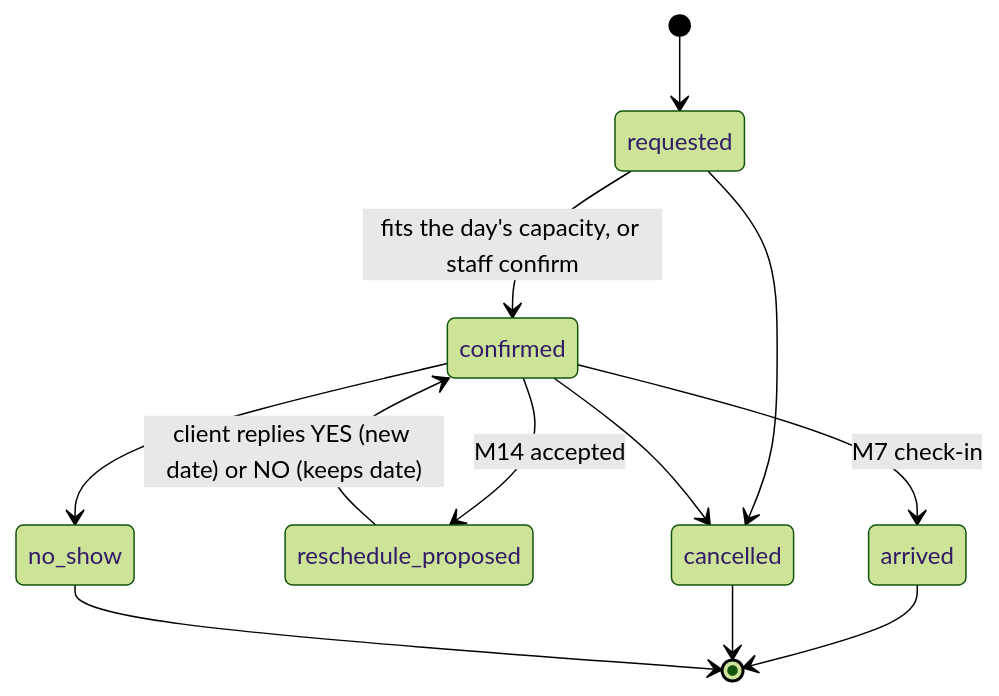
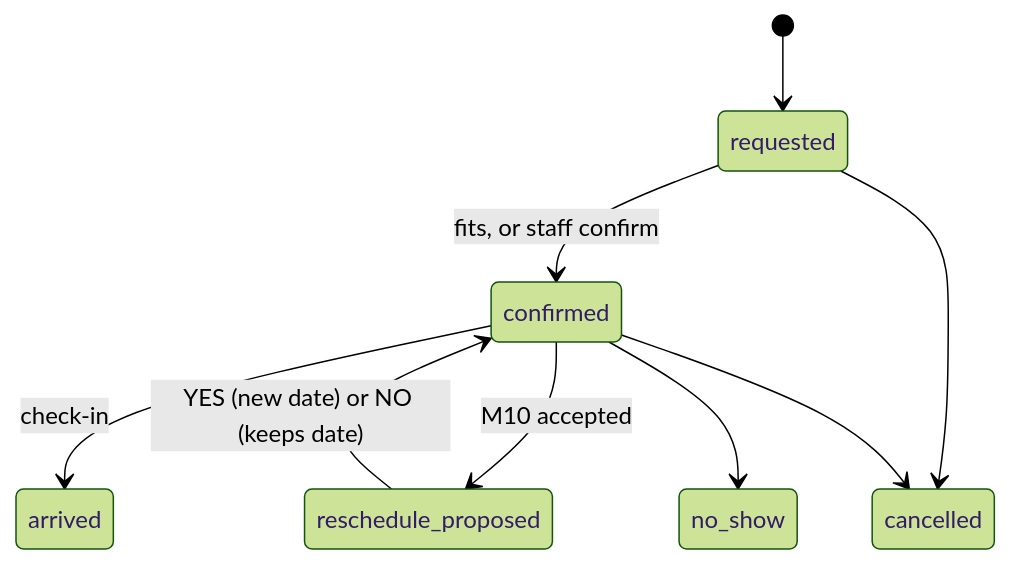
One commit to andrianllmm/hack-iloilo changed the fourth of 4 diagrams in TRD.md. Above: the diagram before and after it, drawn with Mermaid (forest theme). The commit also changed other lines of this file and 2 other files, not shown here.

````diff
--- a/TRD.md
+++ b/TRD.md
@@ -509,14 +190,11 @@
 ```mermaid
 stateDiagram-v2
   [*] --> requested
-  requested --> confirmed: fits the day's capacity, or staff confirm
+  requested --> confirmed: fits, or staff confirm
+  confirmed --> reschedule_proposed: M10 accepted
+  reschedule_proposed --> confirmed: YES (new date) or NO (keeps date)
+  confirmed --> arrived: check-in
   requested --> cancelled
-  confirmed --> reschedule_proposed: M14 accepted
-  reschedule_proposed --> confirmed: client replies YES (new date) or NO (keeps date)
-  confirmed --> arrived: M7 check-in
   confirmed --> cancelled
   confirmed --> no_show
-  arrived --> [*]
-  cancelled --> [*]
-  no_show --> [*]
 ```
````
